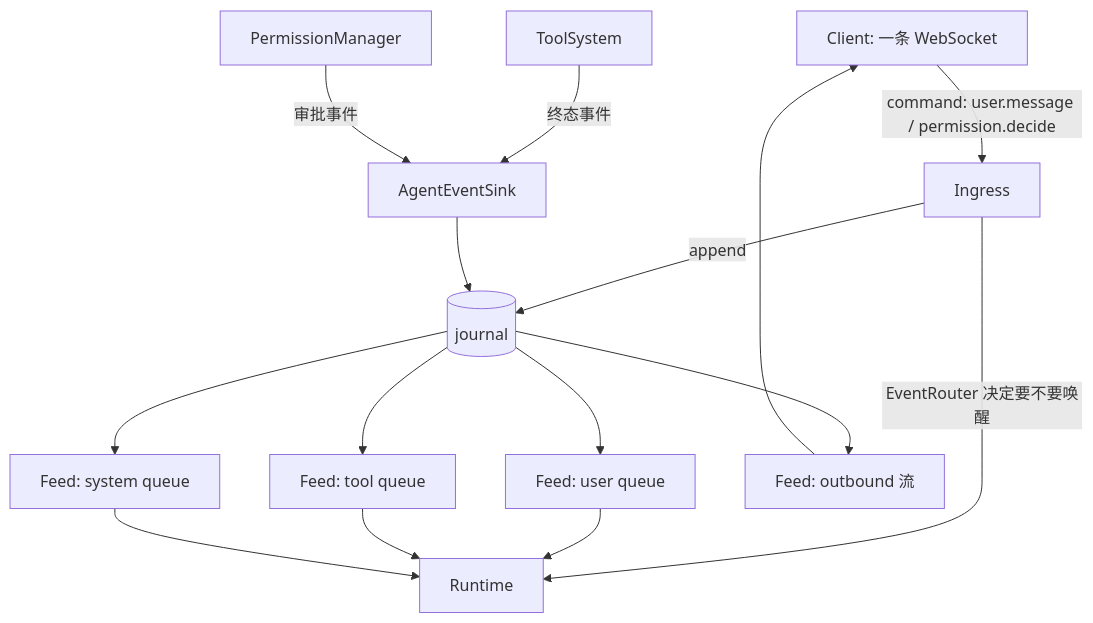
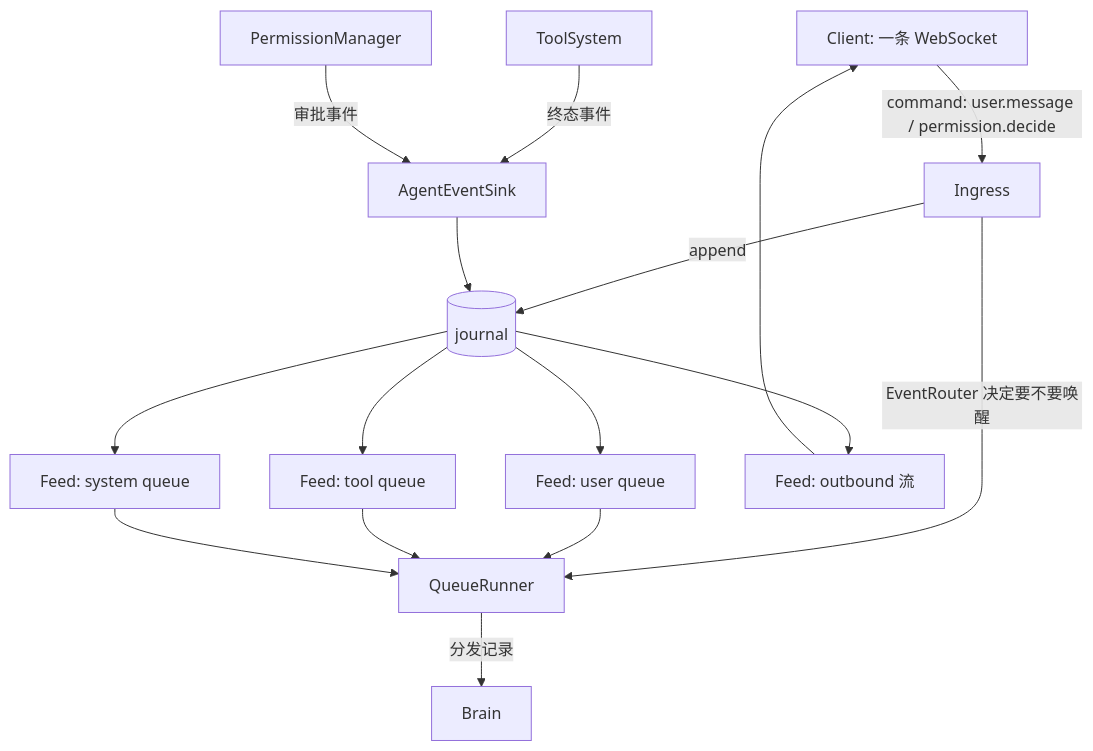
Before and after one commit to HymioSpace/Oath: the diagram in spec/feature-event-runtime.md, drawn with Mermaid. The commit also changed other lines of this file and 7 other files, not shown here.

First line of the commit message:
refactor(event-runtime)!: 拆出 QueueRunner，Runtime 改名 Brain

````diff
--- a/spec/feature-event-runtime.md
+++ b/spec/feature-event-runtime.md
@@ -25,18 +26,19 @@
 ```mermaid
 flowchart TD
     C[Client: 一条 WebSocket] -->|command: user.message / permission.decide| I[Ingress]
     I -->|append| J[(journal)]
-    I -->|EventRouter 决定要不要唤醒| R[Runtime]
+    I -->|EventRouter 决定要不要唤醒| QR[QueueRunner]
+    QR -->|分发记录| BR[Brain]
 
     TS[ToolSystem] -->|终态事件| S[AgentEventSink]
     PM[PermissionManager] -->|审批事件| S
     S --> J
 
     J --> F1[Feed: user queue]
     J --> F2[Feed: tool queue]
     J --> F3[Feed: system queue]
-    F1 & F2 & F3 --> R
+    F1 & F2 & F3 --> QR
 
     J --> F4[Feed: outbound 流]
     F4 --> C
 ```
````
